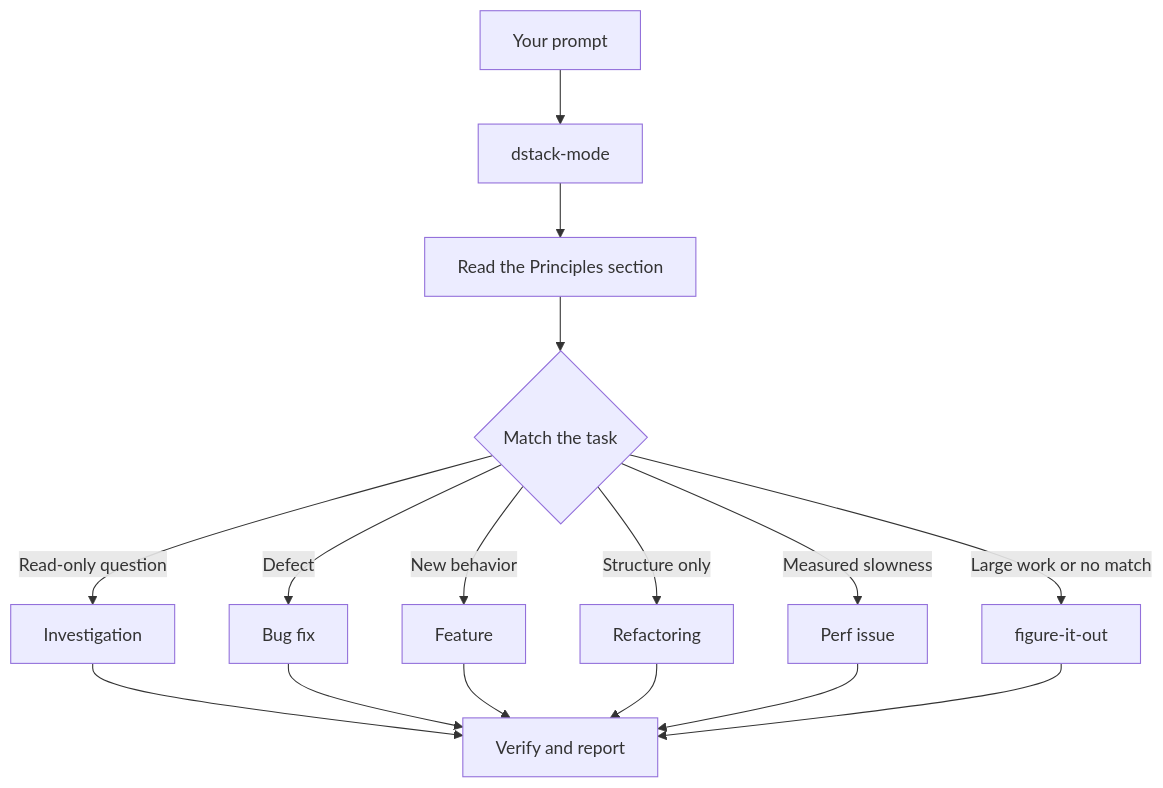
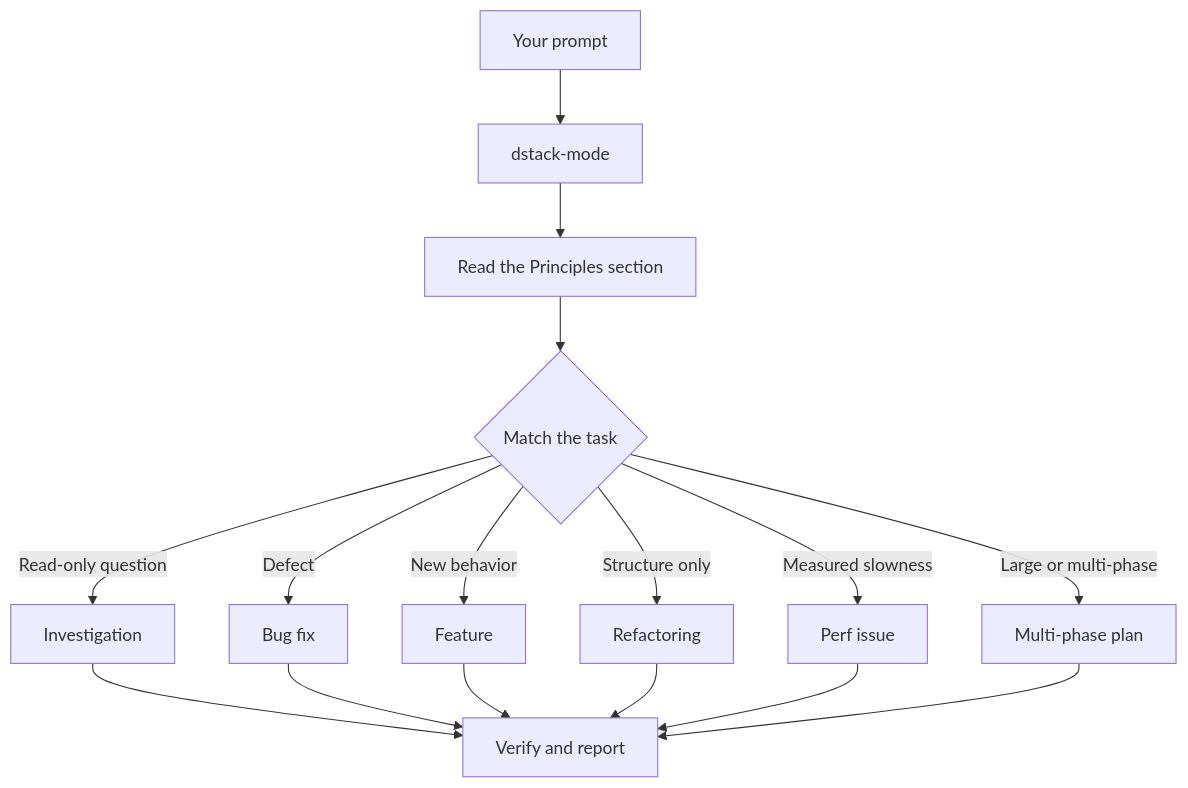
One commit to dimitriskourg/dstack changed the diagram in skills/dstack-help/references/guide/02-dstack-mode.md. Above: the diagram before and after it, drawn with Mermaid. The commit also changed other lines of this file and 18 other files, not shown here.

First line of the commit message:
Drop figure-it-out and show-me-your-work from the keep-set

````diff
--- a/skills/dstack-help/references/guide/02-dstack-mode.md
+++ b/skills/dstack-help/references/guide/02-dstack-mode.md
@@ -7,18 +7,18 @@
 ```mermaid
 flowchart TD
     A[Your prompt] --> B[dstack-mode]
     B --> C[Read the Principles section]
     C --> D{Match the task}
     D -->|Read-only question| E[Investigation]
     D -->|Defect| F[Bug fix]
     D -->|New behavior| G[Feature]
     D -->|Structure only| H[Refactoring]
     D -->|Measured slowness| I[Perf issue]
-    D -->|Large work or no match| J[figure-it-out]
+    D -->|Large or multi-phase| J[Multi-phase plan]
     E --> K[Verify and report]
     F --> K
     G --> K
     H --> K
     I --> K
     J --> K
 ```
````
